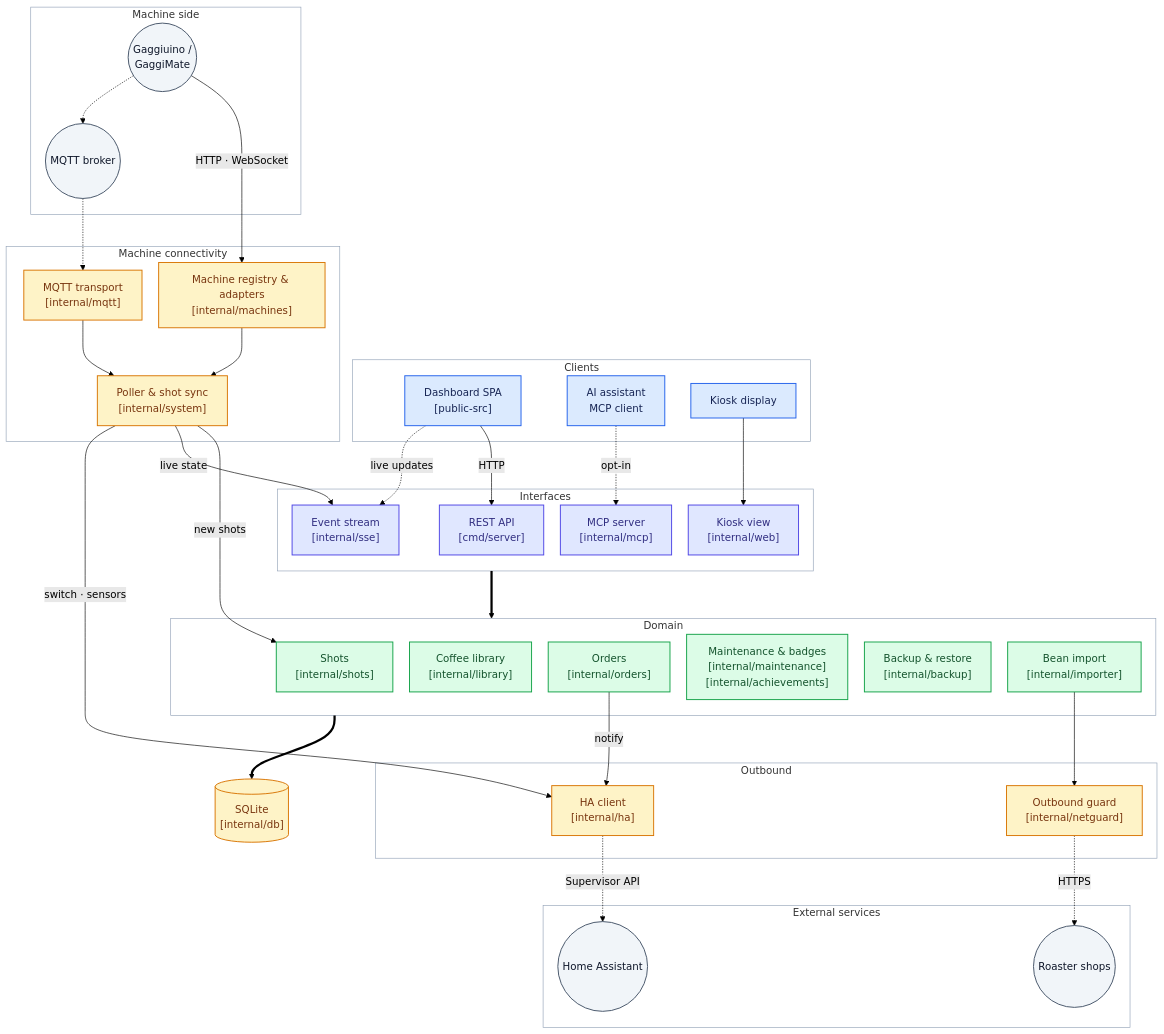
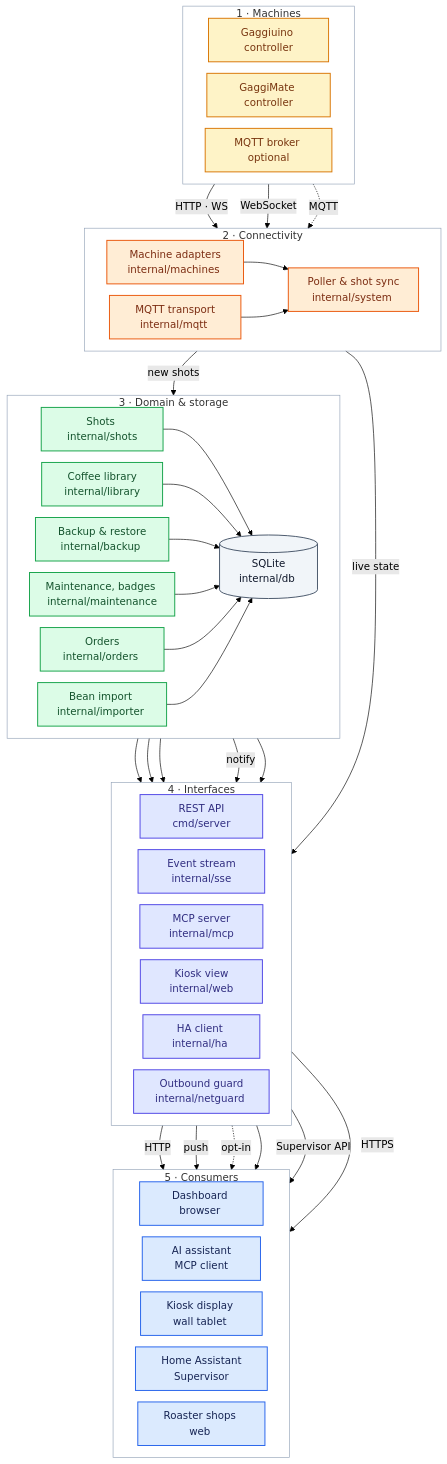
The second of 2 diagrams in README.md (mxkissnr/gaggiuino-local-profiler), drawn with Mermaid (forest theme) before and after one commit.

Commit message:
Dev-stats charts: full width, light/dark variants, meaningful colours (#1215)
* docs(readme): render app-internals architecture as a layer diagram

Replace the app-internals flowchart in the README Architecture section with a
block-beta layer diagram (machines, connectivity, domain, storage, interfaces,
consumers) and add a sentence describing how to read it top to bottom. The
ecosystem flowchart above is left unchanged.

Closes #1210

* docs(readme): render app internals as a layered flowchart

Replace the block-beta app-internals diagram with a layered flowchart TB and update the accompanying prose to describe the layer flow.

Closes #1210

* docs(readme): reorder domain layer in app-internals flowchart

Move Backup & restore, Maintenance and Orders (and their --> DB edges) in
the layer-3 subgraph so the Orders arrow no longer crosses the other
domain arrows. The first (ecosystem) mermaid diagram is unchanged.

Closes #1210

---------

````diff
--- a/README.md
+++ b/README.md
@@ -283,88 +283,85 @@
 ```mermaid
-%%{init: {"flowchart": {"curve": "basis", "nodeSpacing": 26, "rankSpacing": 50}}}%%
+%%{init: {"flowchart": {"curve": "basis", "nodeSpacing": 18, "rankSpacing": 45, "padding": 10}}}%%
 flowchart TB
-  subgraph DEVICES["Machine side"]
-    MACHINE(("Gaggiuino /<br/>GaggiMate"))
-    BROKER(("MQTT broker"))
+  subgraph L1["1 · Machines"]
+    direction LR
+    GGU["&nbsp;&nbsp;&nbsp;&nbsp;&nbsp;&nbsp;Gaggiuino&nbsp;&nbsp;&nbsp;&nbsp;&nbsp;&nbsp;&nbsp;<br/>&nbsp;&nbsp;&nbsp;&nbsp;&nbsp;&nbsp;controller&nbsp;&nbsp;&nbsp;&nbsp;&nbsp;&nbsp;"]
+    GM["&nbsp;&nbsp;&nbsp;&nbsp;&nbsp;&nbsp;GaggiMate&nbsp;&nbsp;&nbsp;&nbsp;&nbsp;&nbsp;&nbsp;<br/>&nbsp;&nbsp;&nbsp;&nbsp;&nbsp;&nbsp;controller&nbsp;&nbsp;&nbsp;&nbsp;&nbsp;&nbsp;"]
+    BRK["&nbsp;&nbsp;&nbsp;&nbsp;&nbsp;MQTT broker&nbsp;&nbsp;&nbsp;&nbsp;&nbsp;&nbsp;<br/>&nbsp;&nbsp;&nbsp;&nbsp;&nbsp;&nbsp;&nbsp;optional&nbsp;&nbsp;&nbsp;&nbsp;&nbsp;&nbsp;&nbsp;"]
+  end
+  subgraph L2["2 · Connectivity"]
+    direction LR
+    ADP["&nbsp;&nbsp;&nbsp;Machine adapters&nbsp;&nbsp;&nbsp;<br/>&nbsp;&nbsp;internal/machines&nbsp;&nbsp;&nbsp;"]
+    MQ["&nbsp;&nbsp;&nbsp;&nbsp;MQTT transport&nbsp;&nbsp;&nbsp;&nbsp;<br/>&nbsp;&nbsp;&nbsp;&nbsp;internal/mqtt&nbsp;&nbsp;&nbsp;&nbsp;&nbsp;"]
+    POLL["&nbsp;&nbsp;Poller &amp; shot sync&nbsp;&nbsp;<br/>&nbsp;&nbsp;&nbsp;internal/system&nbsp;&nbsp;&nbsp;&nbsp;"]
+  end
+  subgraph L3["3 · Domain & storage"]
+    direction LR
+    SHOTS["&nbsp;&nbsp;&nbsp;&nbsp;&nbsp;&nbsp;&nbsp;&nbsp;Shots&nbsp;&nbsp;&nbsp;&nbsp;&nbsp;&nbsp;&nbsp;&nbsp;&nbsp;<br/>&nbsp;&nbsp;&nbsp;&nbsp;internal/shots&nbsp;&nbsp;&nbsp;&nbsp;"]
+    LIB["&nbsp;&nbsp;&nbsp;&nbsp;Coffee library&nbsp;&nbsp;&nbsp;&nbsp;<br/>&nbsp;&nbsp;&nbsp;internal/library&nbsp;&nbsp;&nbsp;"]
+    BK["&nbsp;&nbsp;&nbsp;Backup &amp; restore&nbsp;&nbsp;&nbsp;<br/>&nbsp;&nbsp;&nbsp;internal/backup&nbsp;&nbsp;&nbsp;&nbsp;"]
+    MNT["&nbsp;Maintenance, badges&nbsp;&nbsp;<br/>&nbsp;internal/maintenance&nbsp;"]
+    ORD["&nbsp;&nbsp;&nbsp;&nbsp;&nbsp;&nbsp;&nbsp;&nbsp;Orders&nbsp;&nbsp;&nbsp;&nbsp;&nbsp;&nbsp;&nbsp;&nbsp;<br/>&nbsp;&nbsp;&nbsp;internal/orders&nbsp;&nbsp;&nbsp;&nbsp;"]
+    IMP["&nbsp;&nbsp;&nbsp;&nbsp;&nbsp;Bean import&nbsp;&nbsp;&nbsp;&nbsp;&nbsp;&nbsp;<br/>&nbsp;&nbsp;internal/importer&nbsp;&nbsp;&nbsp;"]
+    DB[("&nbsp;&nbsp;&nbsp;&nbsp;&nbsp;&nbsp;&nbsp;&nbsp;SQLite&nbsp;&nbsp;&nbsp;&nbsp;&nbsp;&nbsp;&nbsp;&nbsp;<br/>&nbsp;&nbsp;&nbsp;&nbsp;&nbsp;internal/db&nbsp;&nbsp;&nbsp;&nbsp;&nbsp;&nbsp;")]
+  end
+  subgraph L4["4 · Interfaces"]
+    direction LR
+    API["&nbsp;&nbsp;&nbsp;&nbsp;&nbsp;&nbsp;&nbsp;REST API&nbsp;&nbsp;&nbsp;&nbsp;&nbsp;&nbsp;&nbsp;<br/>&nbsp;&nbsp;&nbsp;&nbsp;&nbsp;&nbsp;cmd/server&nbsp;&nbsp;&nbsp;&nbsp;&nbsp;&nbsp;"]
+    SSE["&nbsp;&nbsp;&nbsp;&nbsp;&nbsp;Event stream&nbsp;&nbsp;&nbsp;&nbsp;&nbsp;<br/>&nbsp;&nbsp;&nbsp;&nbsp;&nbsp;internal/sse&nbsp;&nbsp;&nbsp;&nbsp;&nbsp;"]
+    MCP["&nbsp;&nbsp;&nbsp;&nbsp;&nbsp;&nbsp;MCP server&nbsp;&nbsp;&nbsp;&nbsp;&nbsp;&nbsp;<br/>&nbsp;&nbsp;&nbsp;&nbsp;&nbsp;internal/mcp&nbsp;&nbsp;&nbsp;&nbsp;&nbsp;"]
+    WEB["&nbsp;&nbsp;&nbsp;&nbsp;&nbsp;&nbsp;Kiosk view&nbsp;&nbsp;&nbsp;&nbsp;&nbsp;&nbsp;<br/>&nbsp;&nbsp;&nbsp;&nbsp;&nbsp;internal/web&nbsp;&nbsp;&nbsp;&nbsp;&nbsp;"]
+    HAC["&nbsp;&nbsp;&nbsp;&nbsp;&nbsp;&nbsp;HA client&nbsp;&nbsp;&nbsp;&nbsp;&nbsp;&nbsp;&nbsp;<br/>&nbsp;&nbsp;&nbsp;&nbsp;&nbsp;internal/ha&nbsp;&nbsp;&nbsp;&nbsp;&nbsp;&nbsp;"]
+    NET["&nbsp;&nbsp;&nbsp;&nbsp;Outbound guard&nbsp;&nbsp;&nbsp;&nbsp;<br/>&nbsp;&nbsp;internal/netguard&nbsp;&nbsp;&nbsp;"]
+  end
+  subgraph L5["5 · Consumers"]
+    direction LR
+    SPA["&nbsp;&nbsp;&nbsp;&nbsp;&nbsp;&nbsp;Dashboard&nbsp;&nbsp;&nbsp;&nbsp;&nbsp;&nbsp;&nbsp;<br/>&nbsp;&nbsp;&nbsp;&nbsp;&nbsp;&nbsp;&nbsp;browser&nbsp;&nbsp;&nbsp;&nbsp;&nbsp;&nbsp;&nbsp;&nbsp;"]
+    AI["&nbsp;&nbsp;&nbsp;&nbsp;&nbsp;AI assistant&nbsp;&nbsp;&nbsp;&nbsp;&nbsp;<br/>&nbsp;&nbsp;&nbsp;&nbsp;&nbsp;&nbsp;MCP client&nbsp;&nbsp;&nbsp;&nbsp;&nbsp;&nbsp;"]
+    KIO["&nbsp;&nbsp;&nbsp;&nbsp;Kiosk display&nbsp;&nbsp;&nbsp;&nbsp;&nbsp;<br/>&nbsp;&nbsp;&nbsp;&nbsp;&nbsp;wall tablet&nbsp;&nbsp;&nbsp;&nbsp;&nbsp;&nbsp;"]
+    HA["&nbsp;&nbsp;&nbsp;&nbsp;Home Assistant&nbsp;&nbsp;&nbsp;&nbsp;<br/>&nbsp;&nbsp;&nbsp;&nbsp;&nbsp;&nbsp;Supervisor&nbsp;&nbsp;&nbsp;&nbsp;&nbsp;&nbsp;"]
+    RS["&nbsp;&nbsp;&nbsp;&nbsp;Roaster shops&nbsp;&nbsp;&nbsp;&nbsp;&nbsp;<br/>&nbsp;&nbsp;&nbsp;&nbsp;&nbsp;&nbsp;&nbsp;&nbsp;&nbsp;web&nbsp;&nbsp;&nbsp;&nbsp;&nbsp;&nbsp;&nbsp;&nbsp;&nbsp;&nbsp;"]
   end
 
-  subgraph CLIENTS["Clients"]
-    SPA["Dashboard SPA<br/>[public-src]"]
-    AIC["AI assistant<br/>MCP client"]
-    KIOSK["Kiosk display"]
-  end
-
-  subgraph CONN["Machine connectivity"]
-    MACH["Machine registry &amp; adapters<br/>[internal/machines]"]
-    MQTT["MQTT transport<br/>[internal/mqtt]"]
-    POLL["Poller &amp; shot sync<br/>[internal/system]"]
-  end
-
-  subgraph IFACE["Interfaces"]
-    API["REST API<br/>[cmd/server]"]
-    MCP["MCP server<br/>[internal/mcp]"]
-    WEB["Kiosk view<br/>[internal/web]"]
-    SSE["Event stream<br/>[internal/sse]"]
-  end
-
-  subgraph DOMAIN["Domain"]
-    SHOTS["Shots<br/>[internal/shots]"]
-    LIB["Coffee library<br/>[internal/library]"]
-    ORD["Orders<br/>[internal/orders]"]
-    MAINT["Maintenance &amp; badges<br/>[internal/maintenance]<br/>[internal/achievements]"]
-    BACKUP["Backup &amp; restore<br/>[internal/backup]"]
-    IMP["Bean import<br/>[internal/importer]"]
-  end
-
-  DB[("SQLite<br/>[internal/db]")]
-
-  subgraph OUT["Outbound"]
-    HAC["HA client<br/>[internal/ha]"]
-    NET["Outbound guard<br/>[internal/netguard]"]
-  end
-
-  subgraph SERVICES["External services"]
-    HASVC(("Home Assistant"))
-    ROAST(("Roaster shops"))
-  end
-
-  MACHINE -->|"HTTP · WebSocket"| MACH
-  MACHINE -.-> BROKER
-  BROKER -.-> MQTT
-  MACH --> POLL
-  MQTT --> POLL
-
-  SPA -->|"HTTP"| API
-  AIC -.->|"opt-in"| MCP
-  KIOSK --> WEB
-  SPA -.->|"live updates"| SSE
-
+  GGU -->|"HTTP · WS"| ADP
+  GM -->|"WebSocket"| ADP
+  BRK -.->|"MQTT"| MQ
+  ADP --> POLL
+  MQ --> POLL
   POLL -->|"new shots"| SHOTS
   POLL -->|"live state"| SSE
-  IFACE ==> DOMAIN
-  DOMAIN ==> DB
-
+  SHOTS --> DB
+  LIB --> DB
+  BK --> DB
+  MNT --> DB
+  ORD --> DB
+  IMP --> DB
+  DB --> API
+  DB --> MCP
+  DB --> WEB
   ORD -->|"notify"| HAC
-  POLL -->|"switch · sensors"| HAC
   IMP --> NET
-  HAC -.->|"Supervisor API"| HASVC
-  NET -.->|"HTTPS"| ROAST
-
-  classDef client fill:#dbeafe,stroke:#2563eb,stroke-width:1.5px,color:#172554
+  API -->|"HTTP"| SPA
+  SSE -->|"push"| SPA
+  MCP -.->|"opt-in"| AI
+  WEB --> KIO
+  HAC -->|"Supervisor API"| HA
+  NET -->|"HTTPS"| RS
+  classDef machine fill:#fef3c7,stroke:#d97706,stroke-width:1.5px,color:#78350f
+  classDef conn fill:#ffedd5,stroke:#ea580c,stroke-width:1.5px,color:#7c2d12
+  classDef domain fill:#dcfce7,stroke:#16a34a,stroke-width:1.5px,color:#14532d
+  classDef store fill:#f1f5f9,stroke:#475569,stroke-width:1.5px,color:#0f172a
   classDef iface fill:#e0e7ff,stroke:#4f46e5,stroke-width:1.5px,color:#312e81
-  classDef domain fill:#dcfce7,stroke:#16a34a,stroke-width:1.5px,color:#14532d
-  classDef infra fill:#fef3c7,stroke:#d97706,stroke-width:1.5px,color:#78350f
-  classDef ext fill:#f1f5f9,stroke:#475569,stroke-width:1.5px,color:#0f172a
-  class SPA,AIC,KIOSK client
-  class API,SSE,MCP,WEB iface
-  class SHOTS,LIB,ORD,MAINT,BACKUP,IMP domain
-  class POLL,MACH,MQTT,HAC,NET,DB infra
-  class MACHINE,BROKER,HASVC,ROAST ext
-  style DEVICES fill:#f8fafc10,stroke:#94a3b8
-  style CLIENTS fill:#f8fafc10,stroke:#94a3b8
-  style CONN fill:#f8fafc10,stroke:#94a3b8
-  style IFACE fill:#f8fafc10,stroke:#94a3b8
-  style DOMAIN fill:#f8fafc10,stroke:#94a3b8
-  style OUT fill:#f8fafc10,stroke:#94a3b8
-  style SERVICES fill:#f8fafc10,stroke:#94a3b8
+  classDef consumer fill:#dbeafe,stroke:#2563eb,stroke-width:1.5px,color:#172554
+  class GGU,GM,BRK machine
+  class ADP,MQ,POLL conn
+  class SHOTS,LIB,ORD,MNT,BK,IMP domain
+  class DB store
+  class API,SSE,MCP,WEB,HAC,NET iface
+  class SPA,AI,KIO,HA,RS consumer
+  style L1 fill:#f8fafc10,stroke:#94a3b8
+  style L2 fill:#f8fafc10,stroke:#94a3b8
+  style L3 fill:#f8fafc10,stroke:#94a3b8
+  style L4 fill:#f8fafc10,stroke:#94a3b8
+  style L5 fill:#f8fafc10,stroke:#94a3b8
 ```
````
